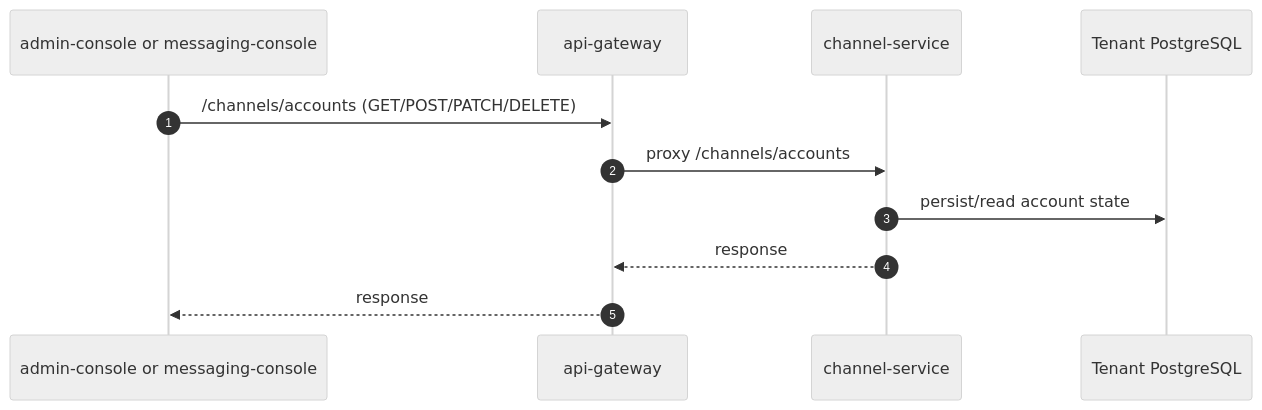
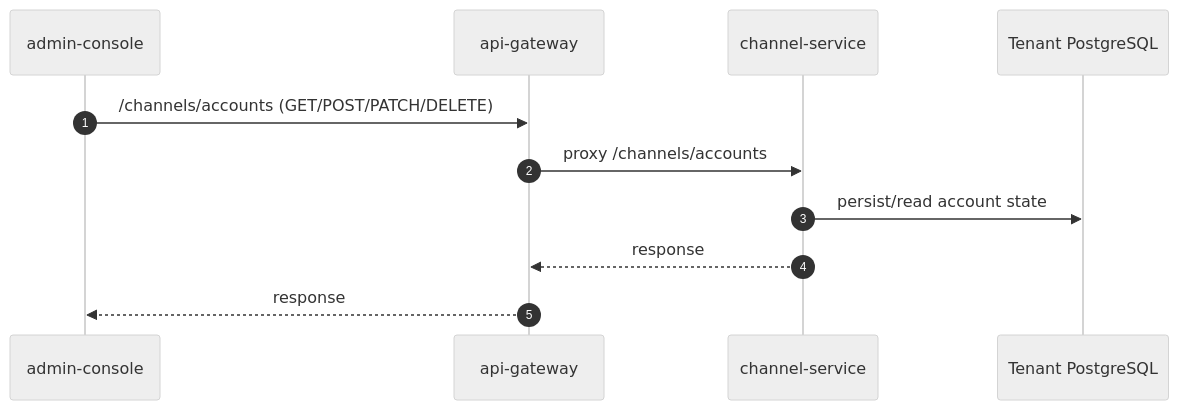
The fifth of 5 diagrams in DOCS/06-UI-FLOWS.md (ccarnero/colloqui), drawn with Mermaid (neutral theme) before and after one commit. The commit also changed other lines of this file and 418 other files, not shown here.

````diff
--- a/DOCS/06-UI-FLOWS.md
+++ b/DOCS/06-UI-FLOWS.md
@@ -114,14 +114,14 @@
 ```mermaid
 sequenceDiagram
     autonumber
-    participant UI as admin-console or messaging-console
+    participant UI as admin-console
     participant GW as api-gateway
     participant CH as channel-service
     participant DB as Tenant PostgreSQL
 
     UI->>GW: /channels/accounts (GET/POST/PATCH/DELETE)
     GW->>CH: proxy /channels/accounts
     CH->>DB: persist/read account state
     CH-->>GW: response
     GW-->>UI: response
 ```
````
